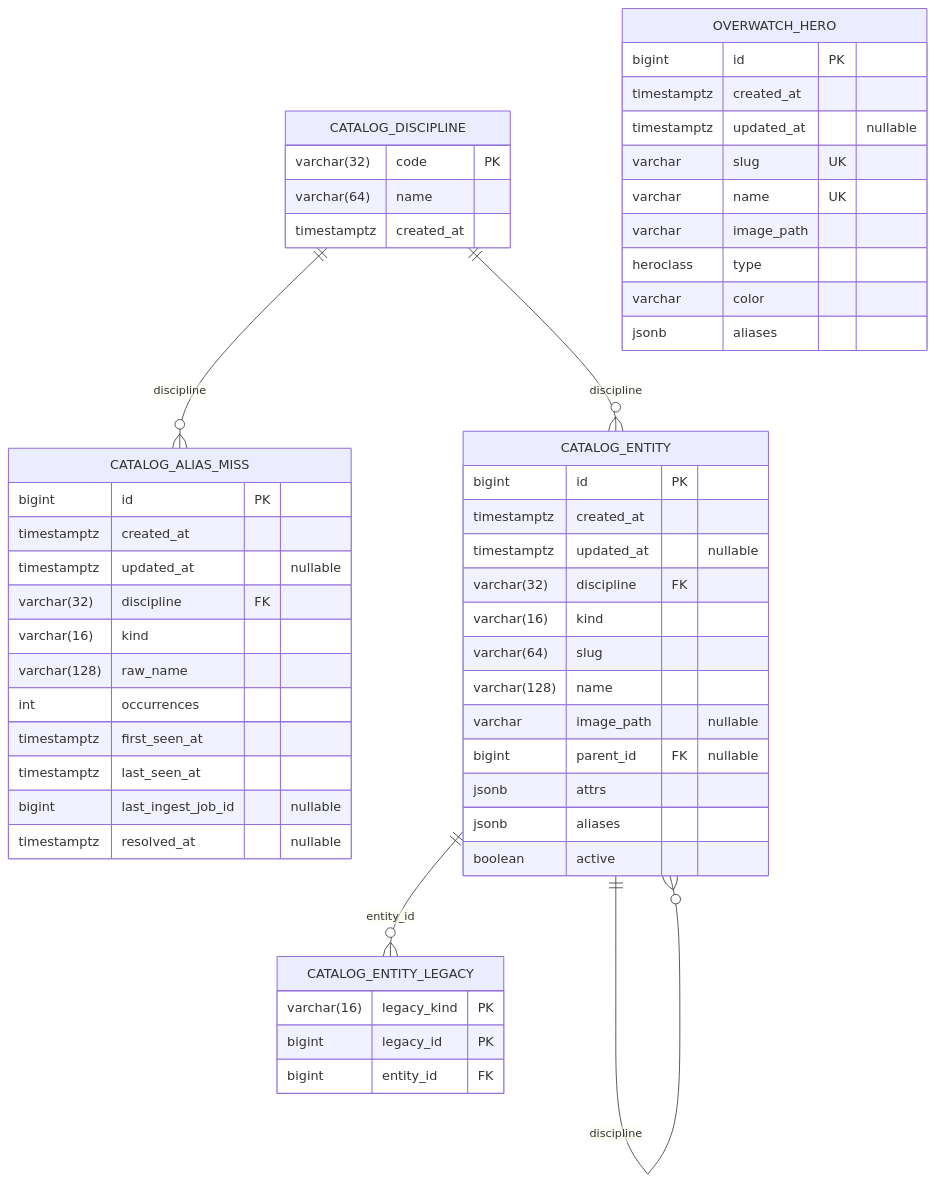
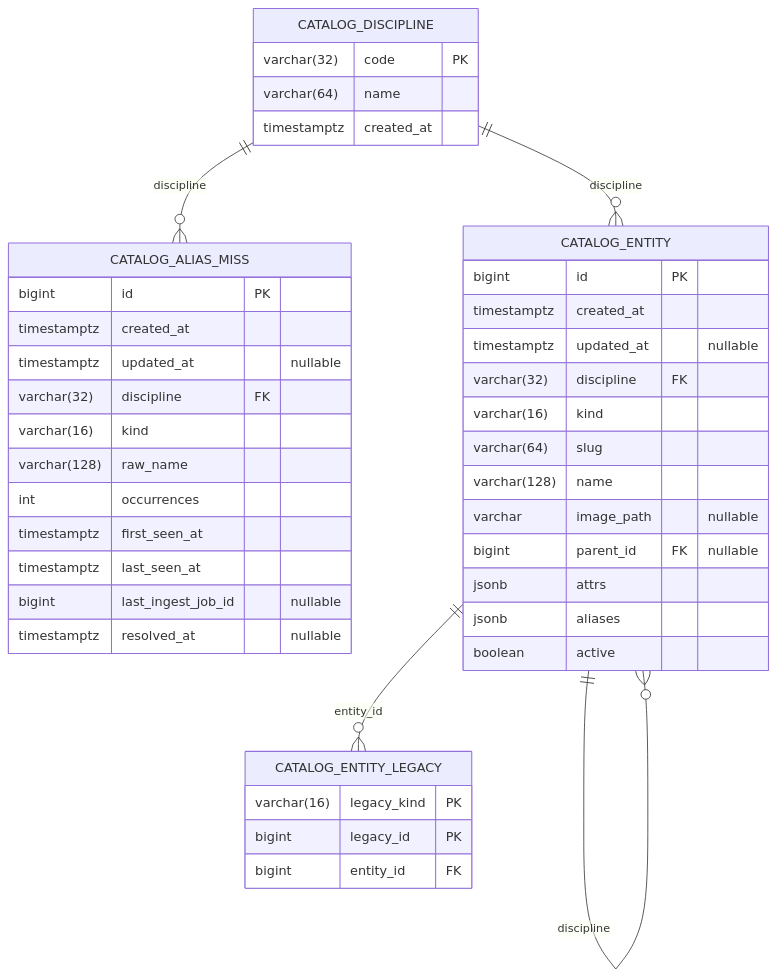
The fifth of 20 diagrams in docs/database_erd.md (CraazzzyyFoxx/anak-tournaments), drawn with Mermaid before and after one commit. The commit also changed other lines of this file and 83 other files, not shown here.

````diff
--- a/docs/database_erd.md
+++ b/docs/database_erd.md
@@ -572,57 +572,46 @@
 ```mermaid
 erDiagram
     CATALOG_ALIAS_MISS {
         bigint id PK
         timestamptz created_at
         timestamptz updated_at "nullable"
         varchar(32) discipline FK
         varchar(16) kind
         varchar(128) raw_name
         int occurrences
         timestamptz first_seen_at
         timestamptz last_seen_at
         bigint last_ingest_job_id "nullable"
         timestamptz resolved_at "nullable"
     }
     CATALOG_DISCIPLINE {
         varchar(32) code PK
         varchar(64) name
         timestamptz created_at
     }
     CATALOG_ENTITY {
         bigint id PK
         timestamptz created_at
         timestamptz updated_at "nullable"
         varchar(32) discipline FK
         varchar(16) kind
         varchar(64) slug
         varchar(128) name
         varchar image_path "nullable"
         bigint parent_id FK "nullable"
         jsonb attrs
         jsonb aliases
         boolean active
     }
     CATALOG_ENTITY_LEGACY {
         varchar(16) legacy_kind PK
         bigint legacy_id PK
         bigint entity_id FK
     }
-    OVERWATCH_HERO {
-        bigint id PK
-        timestamptz created_at
-        timestamptz updated_at "nullable"
-        varchar slug UK
-        varchar name UK
-        varchar image_path
-        heroclass type
-        varchar color
-        jsonb aliases
-    }
 
     CATALOG_DISCIPLINE ||--o{ CATALOG_ALIAS_MISS : "discipline"
     CATALOG_DISCIPLINE ||--o{ CATALOG_ENTITY : "discipline"
     CATALOG_ENTITY |o--o{ CATALOG_ENTITY : "parent_id"
     CATALOG_ENTITY ||--o{ CATALOG_ENTITY : "discipline"
     CATALOG_ENTITY ||--o{ CATALOG_ENTITY_LEGACY : "entity_id"
 ```
````
